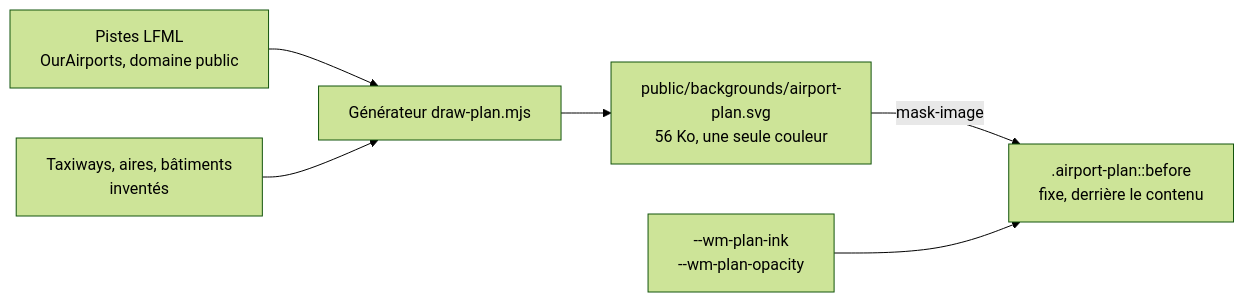
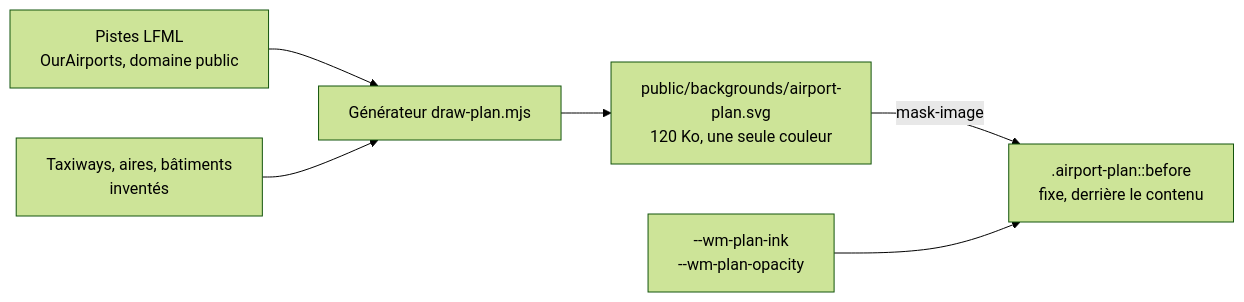
Before and after one commit to tetardo/weems: the diagram in docs/decisions/016-fond-plan-aeroport.md, drawn with Mermaid (forest theme). The commit also changed other lines of this file and 2 other files, not shown here.

First line of the commit message:
feat(web): plan du fond en oblique, enrichi au sol et sur les bâtiments

````diff
--- a/docs/decisions/016-fond-plan-aeroport.md
+++ b/docs/decisions/016-fond-plan-aeroport.md
@@ -19,8 +19,8 @@
 ```mermaid
 flowchart LR
   P[Pistes LFML<br/>OurAirports, domaine public] --> G[Générateur draw-plan.mjs]
   I[Taxiways, aires, bâtiments<br/>inventés] --> G
-  G --> S[public/backgrounds/airport-plan.svg<br/>56 Ko, une seule couleur]
+  G --> S[public/backgrounds/airport-plan.svg<br/>120 Ko, une seule couleur]
   S -->|mask-image| B[".airport-plan::before<br/>fixe, derrière le contenu"]
   T["--wm-plan-ink<br/>--wm-plan-opacity"] --> B
 ```
````
